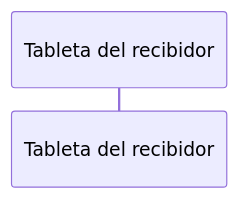
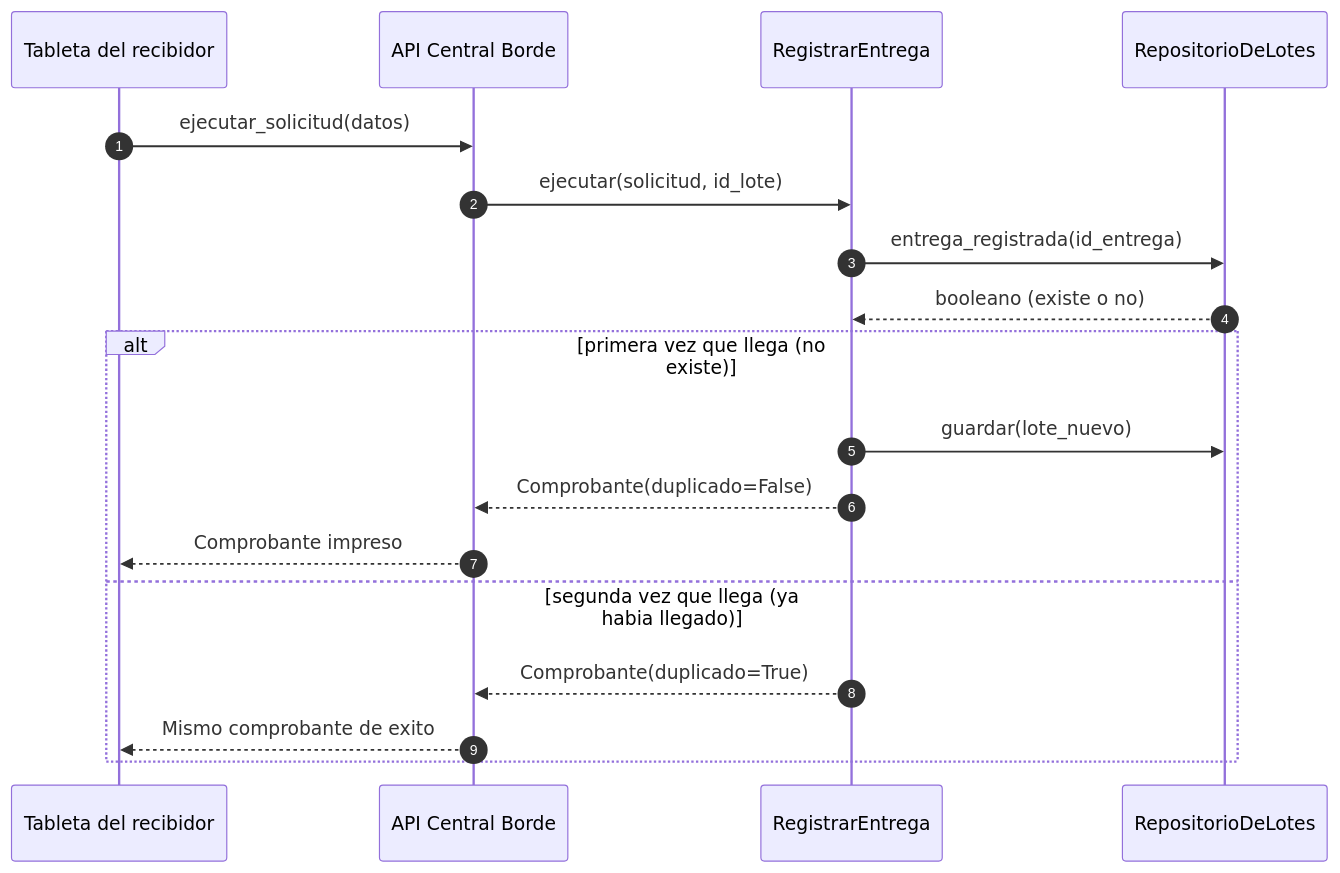
The diagram in diagramas/etapa5-secuencia.mmd (Andr3sCamp0s/TallerDisenno1), drawn with Mermaid before and after one commit. The commit also changed 8 other files, not shown here.

```diff
--- a/diagramas/etapa5-secuencia.mmd
+++ b/diagramas/etapa5-secuencia.mmd
@@ -1,30 +1,47 @@
 %% Etapa 5 · La entrega que llega dos veces
-%% PLANTILLA-SIN-RESOLVER  ← borre esta línea cuando este dibujo sea suyo
 %% ·
 %% Reglas que el marcador verifica:
 %%   · Es un sequenceDiagram
 %%   · Al menos tres participantes, y entre ellos la tableta y la API
 %%   · Al menos cuatro mensajes
 %%   · Al menos un bloque  alt  u  opt : la rama de «ya había llegado»
 %%   · Los identificadores llevan solo letras, números y guion bajo
 %% ·
 %% Así se escribe (el contenido es suyo):
 %% ·
 %%     sequenceDiagram
 %%         participant X as Quien pide
 %%         participant Y as Quien responde
 %%         X->>Y: lo que le pide
 %%         Y-->>X: lo que le contesta
 %%         alt cuando pasa una cosa
 %%             Y-->>X: una respuesta
 %%         else cuando pasa la otra
 %%             Y-->>X: la otra
 %%         end
 %% ·
 %% Lo que tiene que quedar claro en el dibujo: qué pasa la primera vez que
 %% llega la entrega, y qué pasa la segunda.
 %% ·
 %% Dibújelo primero a mano. La foto va en BOSQUEJOS/etapa5.jpg.
 
 sequenceDiagram
-    participant T as Tableta del recibidor
+    autonumber
+    participant tableta as Tableta del recibidor
+    participant api as API Central Borde
+    participant caso as RegistrarEntrega
+    participant repo as RepositorioDeLotes
+
+    tableta->>api: ejecutar_solicitud(datos)
+    api->>caso: ejecutar(solicitud, id_lote)
+    caso->>repo: entrega_registrada(id_entrega)
+    repo-->>caso: booleano (existe o no)
+
+    alt primera vez que llega (no existe)
+        caso->>repo: guardar(lote_nuevo)
+        caso-->>api: Comprobante(duplicado=False)
+        api-->>tableta: Comprobante impreso
+    else segunda vez que llega (ya habia llegado)
+        caso-->>api: Comprobante(duplicado=True)
+        api-->>tableta: Mismo comprobante de exito
+    end
```
